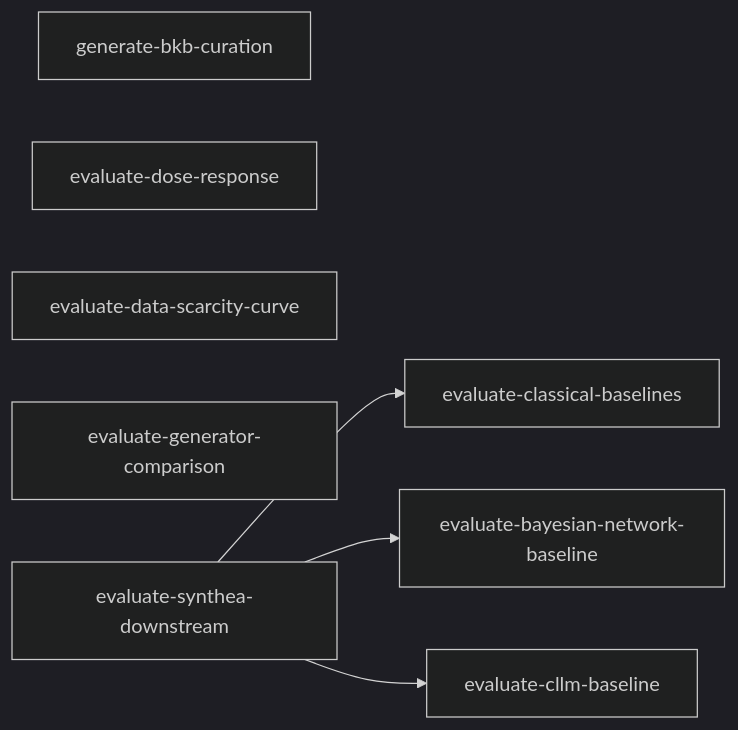
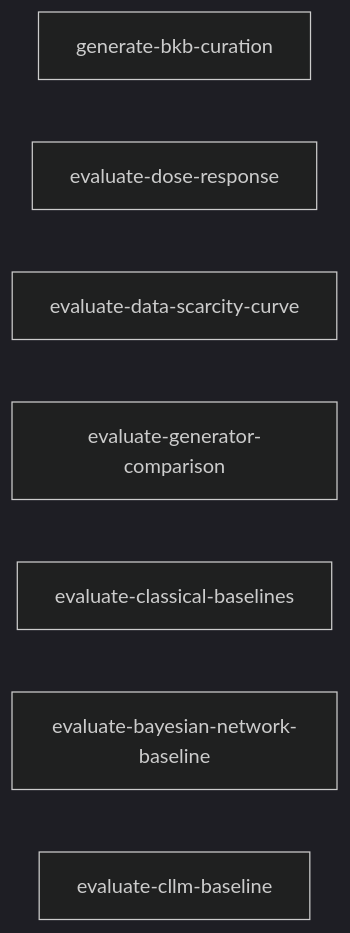
The diagram in tasks/experiments-index.md (joe-dartmouth/synthetic), drawn with Mermaid (dark theme) before and after one commit. The commit also changed other lines of this file and 10 other files, not shown here.

First line of the commit message:
Run E3: Synthea downstream augmentation (#57)

````diff
--- a/tasks/experiments-index.md
+++ b/tasks/experiments-index.md
@@ -37,10 +36,10 @@
 ```mermaid
 flowchart LR
     bkb_curation[generate-bkb-curation]
     dose_response[evaluate-dose-response]
     scarcity_curve[evaluate-data-scarcity-curve]
     generator_comparison[evaluate-generator-comparison]
-    synthea_downstream[evaluate-synthea-downstream] --> classical_baselines[evaluate-classical-baselines]
-    synthea_downstream --> bn_baseline[evaluate-bayesian-network-baseline]
-    synthea_downstream --> cllm_baseline[evaluate-cllm-baseline]
+    classical_baselines[evaluate-classical-baselines]
+    bn_baseline[evaluate-bayesian-network-baseline]
+    cllm_baseline[evaluate-cllm-baseline]
 ```
````
